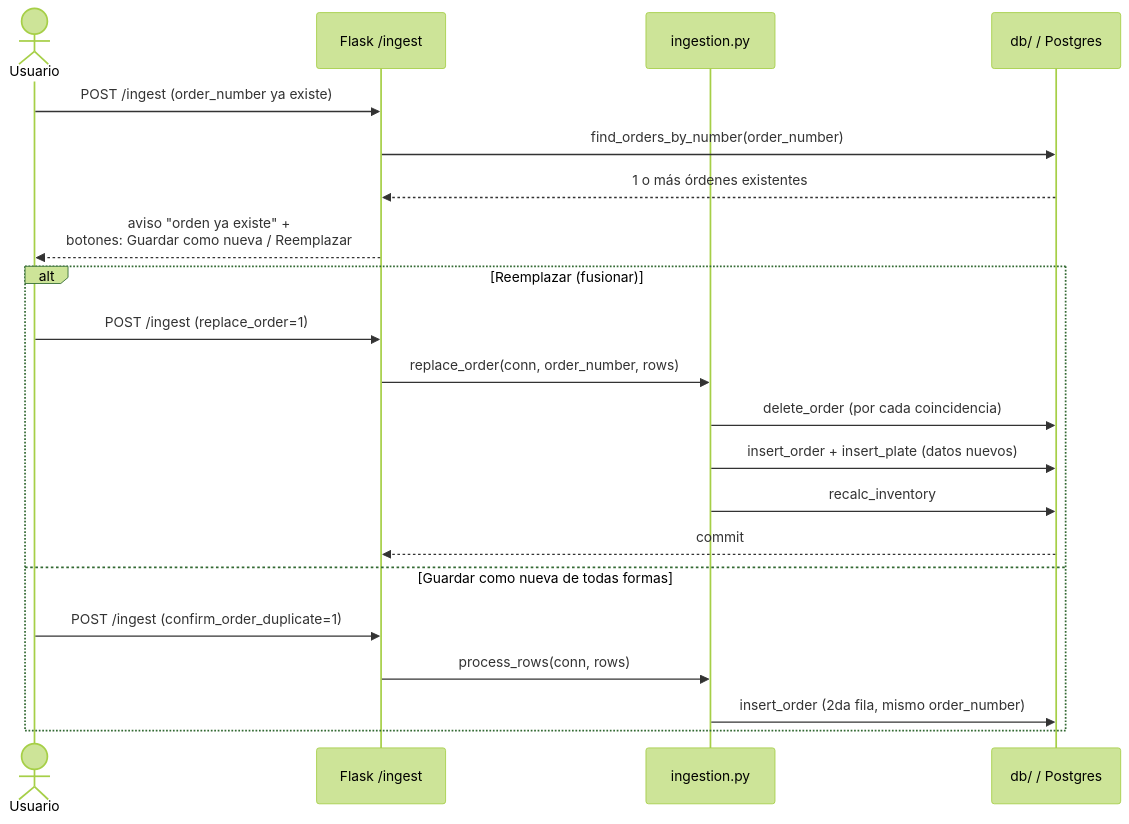
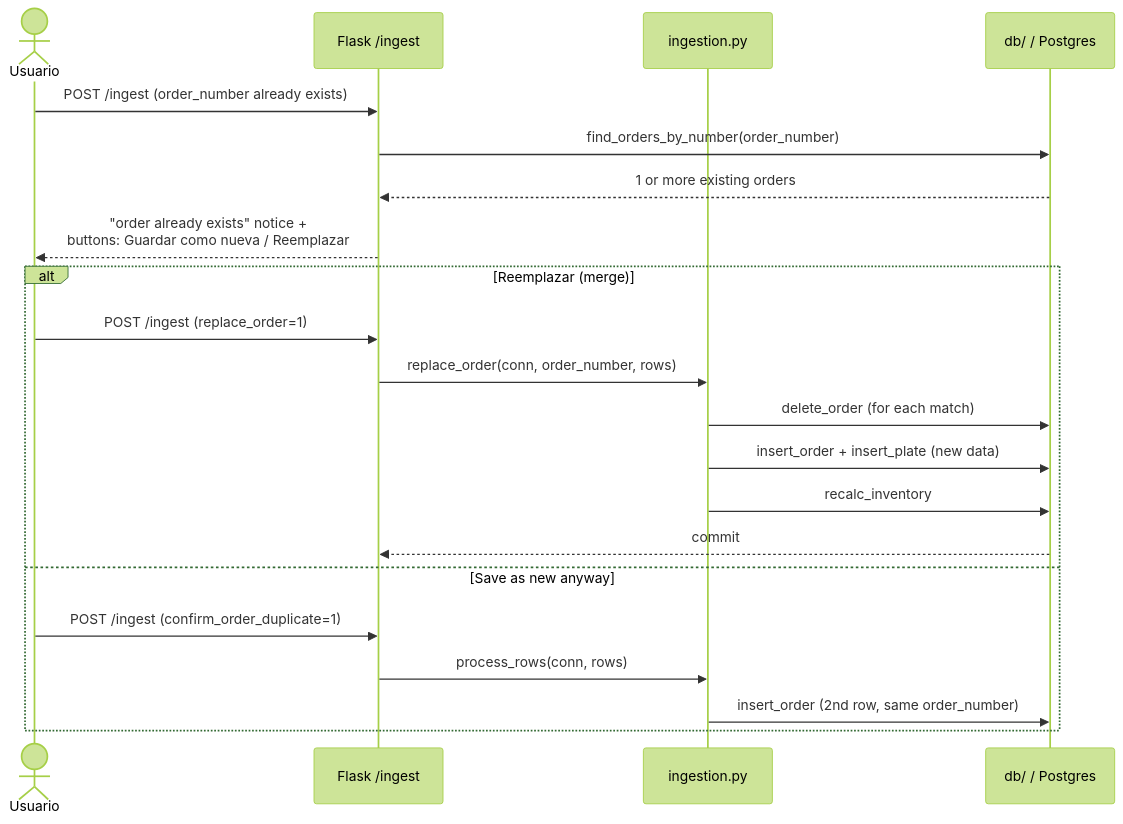
The second of 2 diagrams in docs/WEB.md (nickkmm/plates), drawn with Mermaid (forest theme) before and after one commit. The commit also changed other lines of this file and 18 other files, not shown here.

````diff
--- a/docs/WEB.md
+++ b/docs/WEB.md
@@ -357,24 +356,24 @@
 ```mermaid
 sequenceDiagram
     actor U as Usuario
     participant I as Flask /ingest
     participant I2 as ingestion.py
     participant DB as db/ / Postgres
 
-    U->>I: POST /ingest (order_number ya existe)
+    U->>I: POST /ingest (order_number already exists)
     I->>DB: find_orders_by_number(order_number)
-    DB-->>I: 1 o más órdenes existentes
-    I-->>U: aviso "orden ya existe" +<br/>botones: Guardar como nueva / Reemplazar
-    alt Reemplazar (fusionar)
+    DB-->>I: 1 or more existing orders
+    I-->>U: "order already exists" notice +<br/>buttons: Guardar como nueva / Reemplazar
+    alt Reemplazar (merge)
         U->>I: POST /ingest (replace_order=1)
         I->>I2: replace_order(conn, order_number, rows)
-        I2->>DB: delete_order (por cada coincidencia)
-        I2->>DB: insert_order + insert_plate (datos nuevos)
+        I2->>DB: delete_order (for each match)
+        I2->>DB: insert_order + insert_plate (new data)
         I2->>DB: recalc_inventory
         DB-->>I: commit
-    else Guardar como nueva de todas formas
+    else Save as new anyway
         U->>I: POST /ingest (confirm_order_duplicate=1)
         I->>I2: process_rows(conn, rows)
-        I2->>DB: insert_order (2da fila, mismo order_number)
+        I2->>DB: insert_order (2nd row, same order_number)
     end
 ```
````
